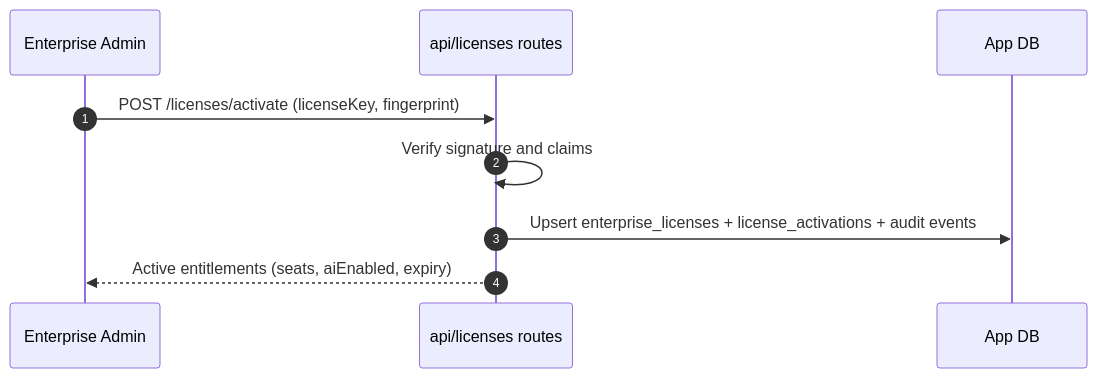
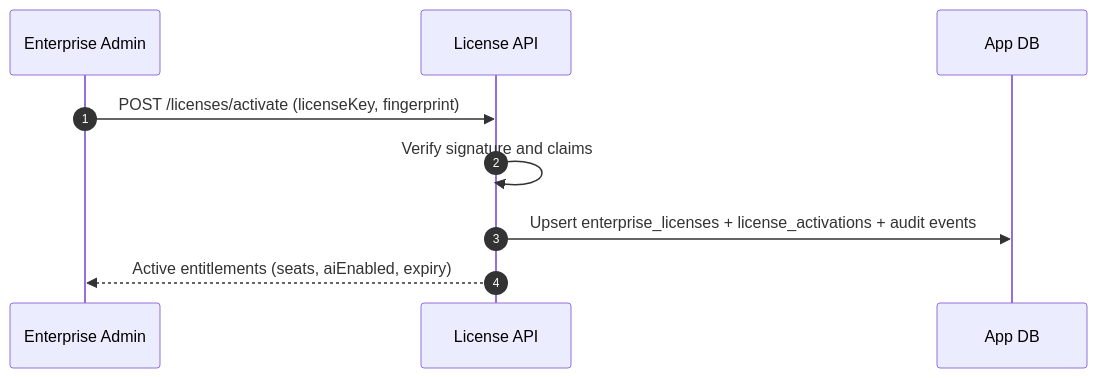
One commit to Veri5ied/dataflow-studio changed the seventh of 7 diagrams in docs/system-design-flow.md. Above: the diagram before and after it, drawn with Mermaid. The commit also changed other lines of this file, not shown here.

Commit message:
GitHub-safe Mermaid syntax

````diff
--- a/docs/system-design-flow.md
+++ b/docs/system-design-flow.md
@@ -144,12 +144,12 @@
 ```mermaid
 sequenceDiagram
   autonumber
   participant Ent as Enterprise Admin
-  participant API as api/licenses routes
+  participant API as License API
   participant DB as App DB
 
   Ent->>API: POST /licenses/activate (licenseKey, fingerprint)
   API->>API: Verify signature and claims
   API->>DB: Upsert enterprise_licenses + license_activations + audit events
   API-->>Ent: Active entitlements (seats, aiEnabled, expiry)
 ```
````
